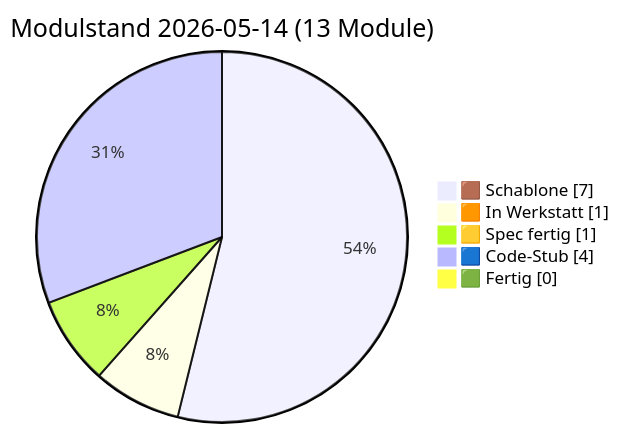
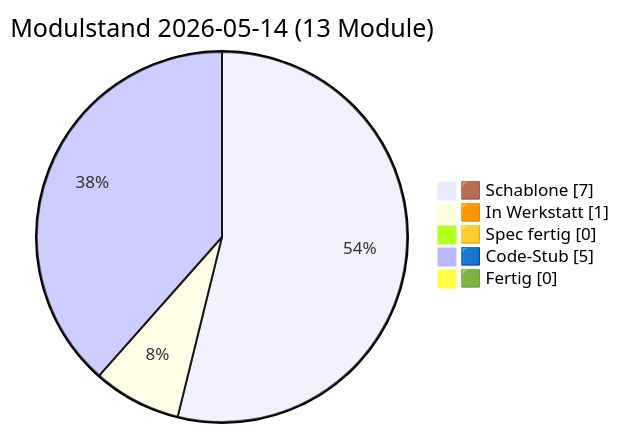
One commit to lausiklauskn-png/Sage-Protokol changed the diagram in docs/PULS.md. Above: the diagram before and after it, drawn with Mermaid. The commit also changed other lines of this file and 7 other files, not shown here.

First line of the commit message:
Bau-Sitzung Modul 05 Anastomose: Code-Stub

````diff
--- a/docs/PULS.md
+++ b/docs/PULS.md
@@ -16,9 +16,9 @@
 ```mermaid
 pie showData
   title Modulstand 2026-05-14 (13 Module)
   "🟫 Schablone" : 7
   "🟧 In Werkstatt" : 1
-  "🟨 Spec fertig" : 1
-  "🟦 Code-Stub" : 4
+  "🟨 Spec fertig" : 0
+  "🟦 Code-Stub" : 5
   "🟩 Fertig" : 0
 ```
````
